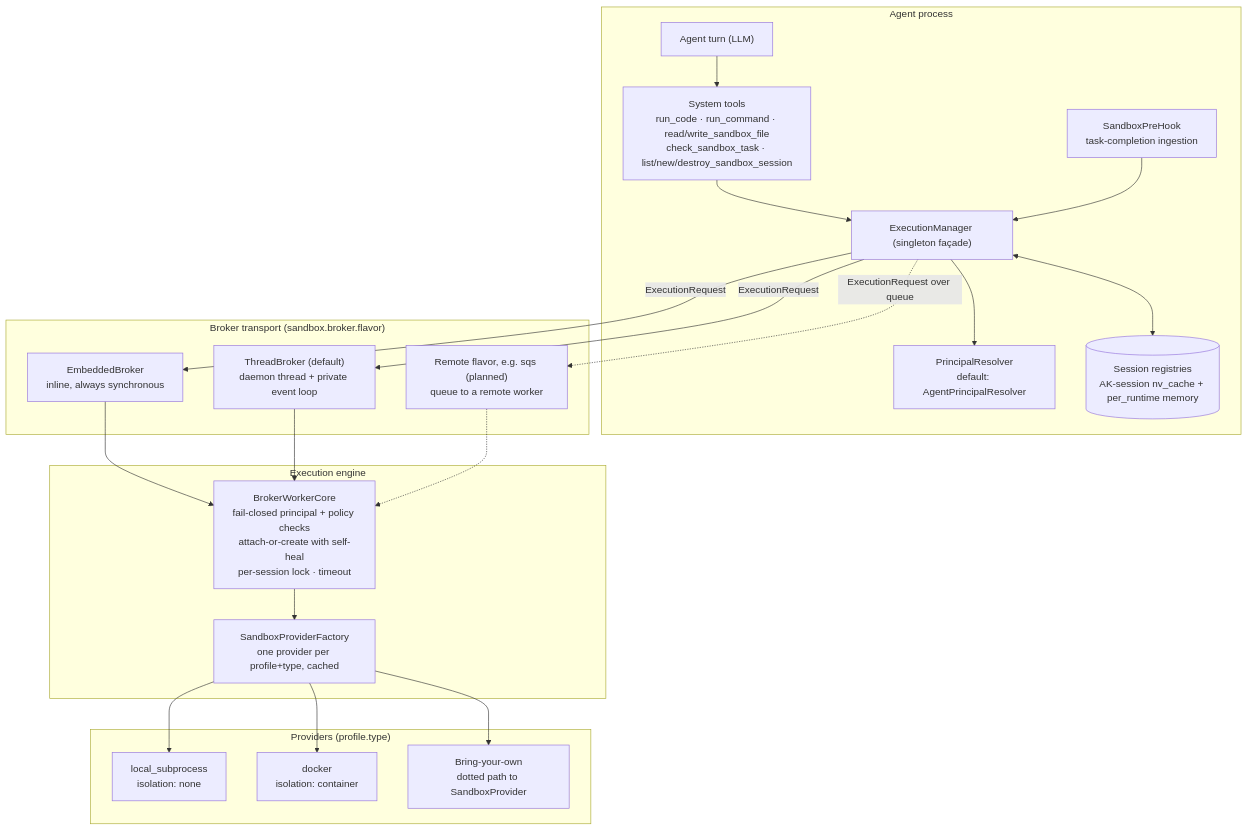
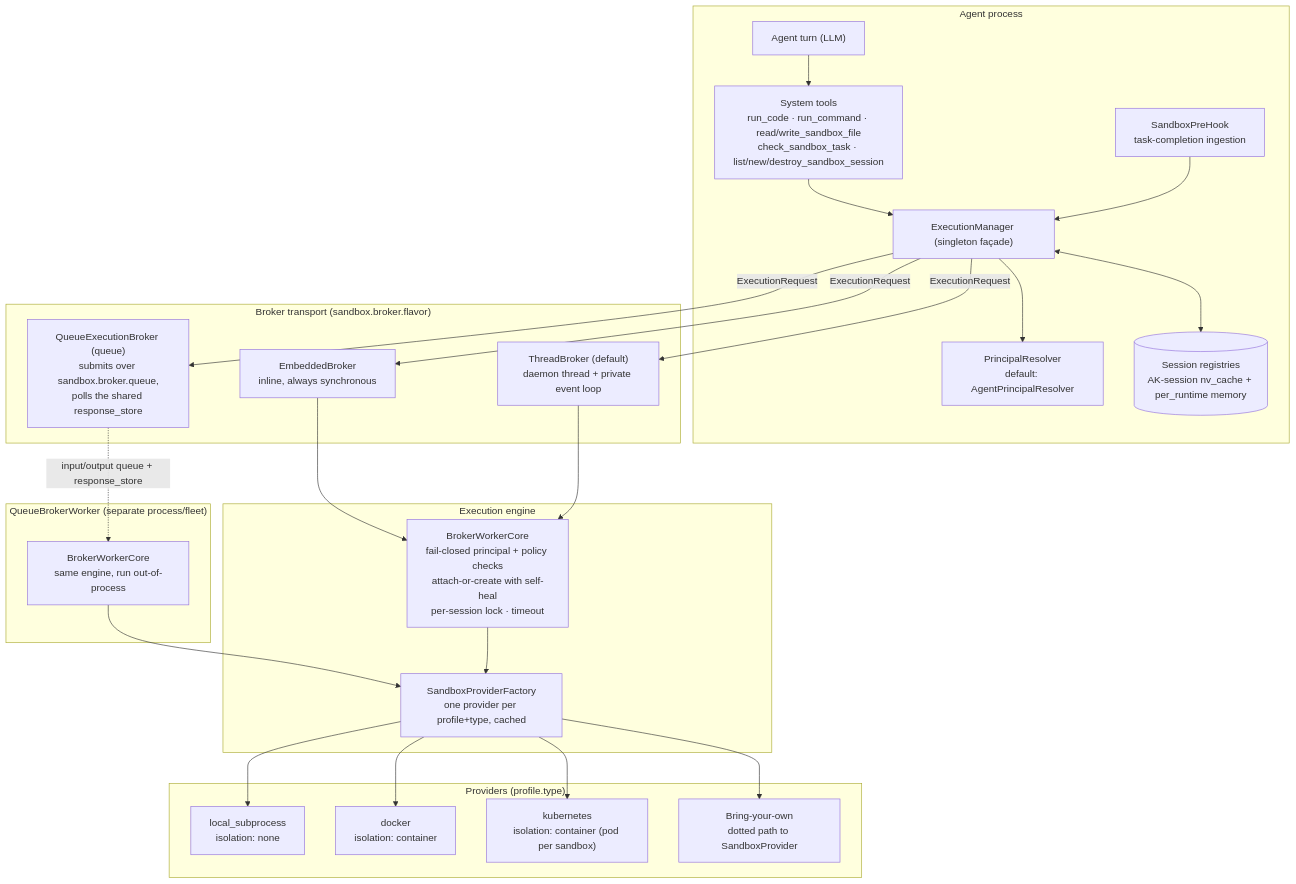
One commit to yaalalabs/agent-kernel changed the first of 9 diagrams in docs/docs/architecture/sandbox-internals.md. Above: the diagram before and after it, drawn with Mermaid. The commit also changed other lines of this file, not shown here.

````diff
--- a/docs/docs/architecture/sandbox-internals.md
+++ b/docs/docs/architecture/sandbox-internals.md
@@ -13,43 +13,50 @@
 ```mermaid
 flowchart TB
     subgraph AGENT["Agent process"]
         LLM["Agent turn (LLM)"]
         TOOLS["System tools<br/>run_code · run_command · read/write_sandbox_file<br/>check_sandbox_task · list/new/destroy_sandbox_session"]
         HOOK["SandboxPreHook<br/>task-completion ingestion"]
         MGR["ExecutionManager (singleton façade)"]
         RES["PrincipalResolver<br/>default: AgentPrincipalResolver"]
         REG[("Session registries<br/>AK-session nv_cache + per_runtime memory")]
     end
 
     subgraph BROKER["Broker transport (sandbox.broker.flavor)"]
         EMB["EmbeddedBroker<br/>inline, always synchronous"]
         THR["ThreadBroker (default)<br/>daemon thread + private event loop"]
-        SQS["Remote flavor, e.g. sqs (planned)<br/>queue to a remote worker"]
+        QB["QueueExecutionBroker (queue)<br/>submits over sandbox.broker.queue,<br/>polls the shared response_store"]
+    end
+
+    subgraph RWORKER["QueueBrokerWorker (separate process/fleet)"]
+        RCORE["BrokerWorkerCore<br/>same engine, run out-of-process"]
     end
 
     subgraph WORKER["Execution engine"]
         CORE["BrokerWorkerCore<br/>fail-closed principal + policy checks<br/>attach-or-create with self-heal<br/>per-session lock · timeout"]
         PF["SandboxProviderFactory<br/>one provider per profile+type, cached"]
     end
 
     subgraph PROV["Providers (profile.type)"]
         LSP["local_subprocess<br/>isolation: none"]
         DKR["docker<br/>isolation: container"]
+        K8S["kubernetes<br/>isolation: container (pod per sandbox)"]
         BYO["Bring-your-own<br/>dotted path to SandboxProvider"]
     end
 
     LLM --> TOOLS --> MGR
     HOOK --> MGR
     MGR --> RES
     MGR <--> REG
     MGR -- "ExecutionRequest" --> EMB
     MGR -- "ExecutionRequest" --> THR
-    MGR -. "ExecutionRequest over queue" .-> SQS
+    MGR -- "ExecutionRequest" --> QB
+    QB -. "input/output queue + response_store" .-> RCORE
     EMB --> CORE
     THR --> CORE
-    SQS -.-> CORE
+    RCORE --> PF
     CORE --> PF
     PF --> LSP
     PF --> DKR
+    PF --> K8S
     PF --> BYO
 ```
````
